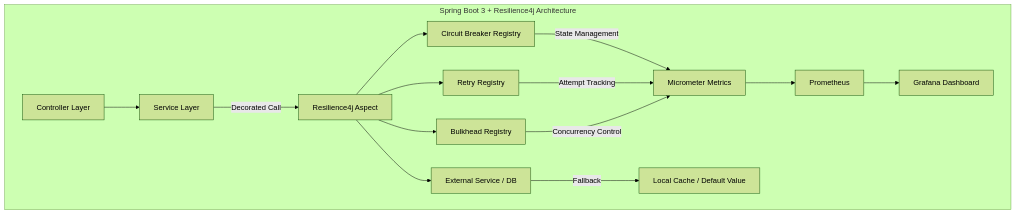
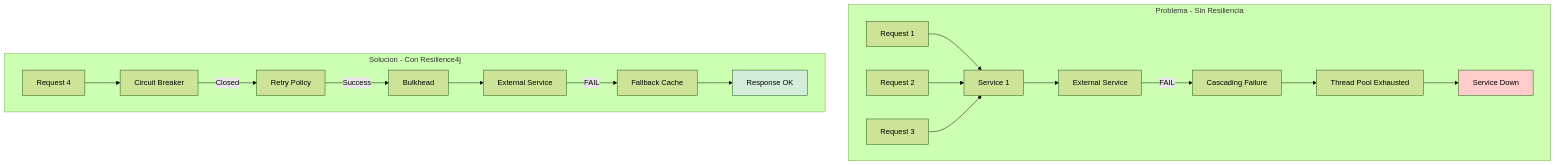
The first of 3 diagrams in 03_Spring_Ecosystem/resilience4j_circuit_breaker_retry_bulkhead_spring_boot_3_STAFF.md (Joaquinriosheredia/DAM-Java-Mastery), drawn with Mermaid (forest theme) before and after one commit. The commit also changed other lines of this file, not shown here.

Commit message:
resilience4j_circuit_breaker_retry_bulkhead_spring_boot_3_STAFF.md

````diff
--- a/03_Spring_Ecosystem/resilience4j_circuit_breaker_retry_bulkhead_spring_boot_3_STAFF.md
+++ b/03_Spring_Ecosystem/resilience4j_circuit_breaker_retry_bulkhead_spring_boot_3_STAFF.md
@@ -155,21 +89,24 @@
 ```mermaid
 graph TD
-    subgraph "Spring Boot 3 + Resilience4j Architecture"
-        CONT[Controller Layer] --> SVC[Service Layer]
-        SVC -->|Decorated Call| RES[Resilience4j Aspect]
-        
-        RES --> CB[Circuit Breaker Registry]
-        RES --> RET[Retry Registry]
-        RES --> BH[Bulkhead Registry]
-        
-        CB -->|State Management| MET[Micrometer Metrics]
-        RET -->|Attempt Tracking| MET
-        BH -->|Concurrency Control| MET
-        
-        MET --> PROM[Prometheus]
-        PROM --> GRAF[Grafana Dashboard]
-        
-        RES --> EXT[External Service / DB]
-        EXT -->|Fallback| CACHE[Local Cache / Default Value]
+    subgraph "Problema - Sin Resiliencia"
+        REQ1[Request 1] --> SVC1[Service 1]
+        REQ2[Request 2] --> SVC1
+        REQ3[Request 3] --> SVC1
+        SVC1 --> EXT1[External Service]
+        EXT1 -->|FAIL| CASCADE[Cascading Failure]
+        CASCADE --> OOM[Thread Pool Exhausted]
+        OOM --> DOWN[Service Down]
     end
+    
+    subgraph "Solucion - Con Resilience4j"
+        REQ4[Request 4] --> CB[Circuit Breaker]
+        CB -->|Closed| RET[Retry Policy]
+        RET -->|Success| BH[Bulkhead]
+        BH --> EXT2[External Service]
+        EXT2 -->|FAIL| FALLBACK[Fallback Cache]
+        FALLBACK --> RESP[Response OK]
+    end
+    
+    style DOWN fill:#ffcccc
+    style RESP fill:#d4edda
 ```
````
